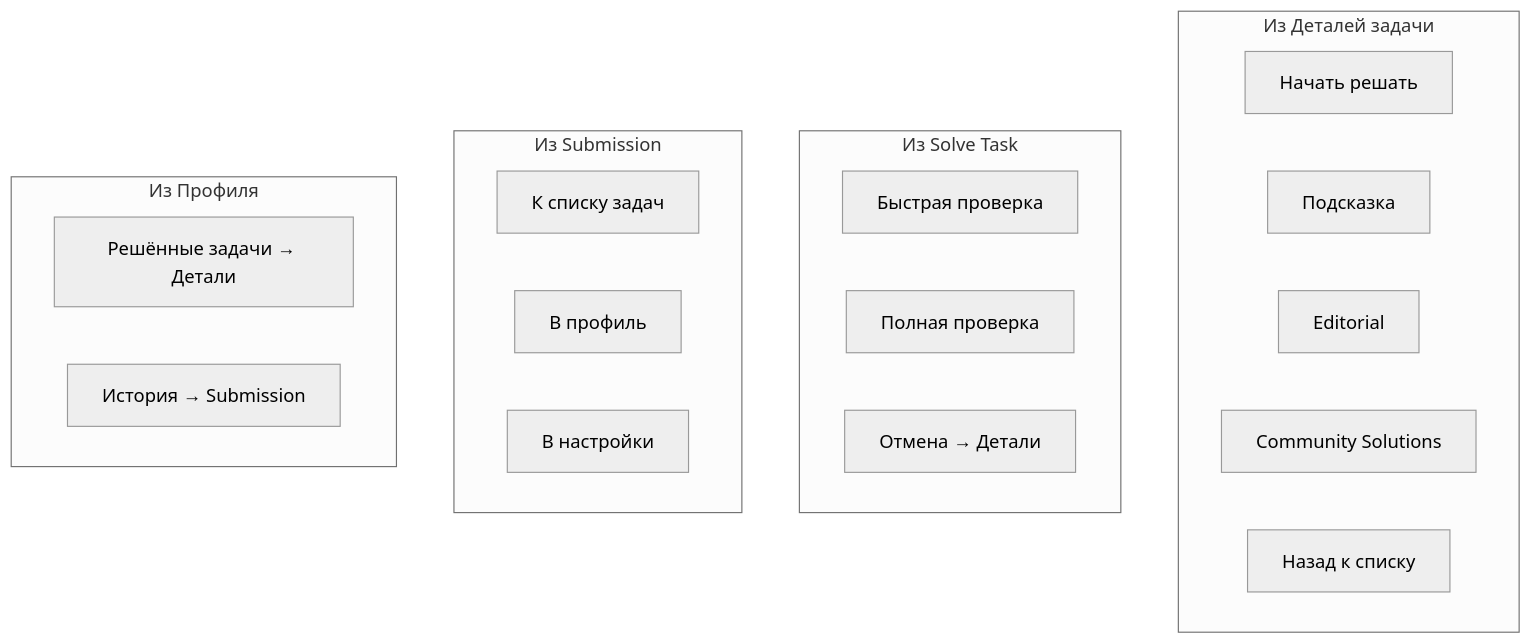
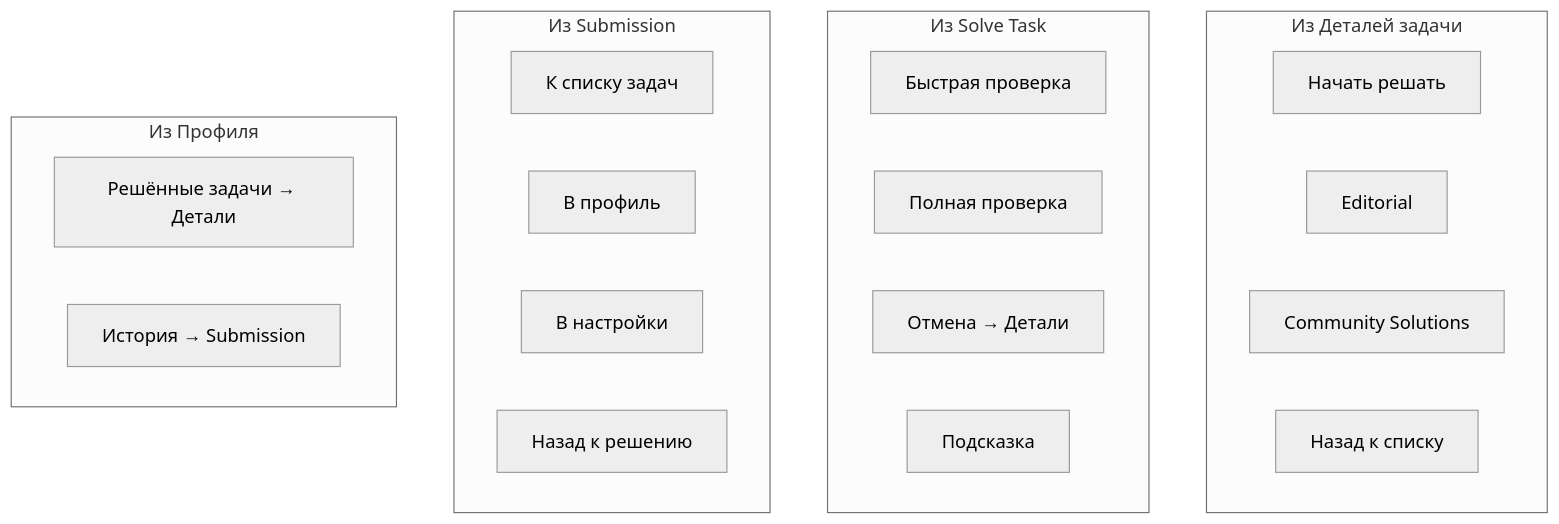
The third of 3 diagrams in ux/information_architecture/sitemap.md (A1eksMa/PracticeRaptor), drawn with Mermaid (neutral theme) before and after one commit. The commit also changed other lines of this file, not shown here.

````diff
--- a/ux/information_architecture/sitemap.md
+++ b/ux/information_architecture/sitemap.md
@@ -169,27 +173,28 @@
 ```mermaid
 flowchart TB
     subgraph DETAILS_CTX[Из Деталей задачи]
         D1[Начать решать]
-        D2[Подсказка]
-        D3[Editorial]
-        D4[Community Solutions]
-        D5[Назад к списку]
+        D2[Editorial]
+        D3[Community Solutions]
+        D4[Назад к списку]
     end
 
     subgraph SOLVE_CTX[Из Solve Task]
         S1[Быстрая проверка]
         S2[Полная проверка]
         S3[Отмена → Детали]
+        S4[Подсказка]
     end
 
     subgraph SUBMISSION_CTX[Из Submission]
         SUB1[К списку задач]
         SUB2[В профиль]
         SUB3[В настройки]
+        SUB[Назад к решению]
     end
 
     subgraph PROFILE_CTX[Из Профиля]
         P1[Решённые задачи → Детали]
         P2[История → Submission]
     end
 ```
````
